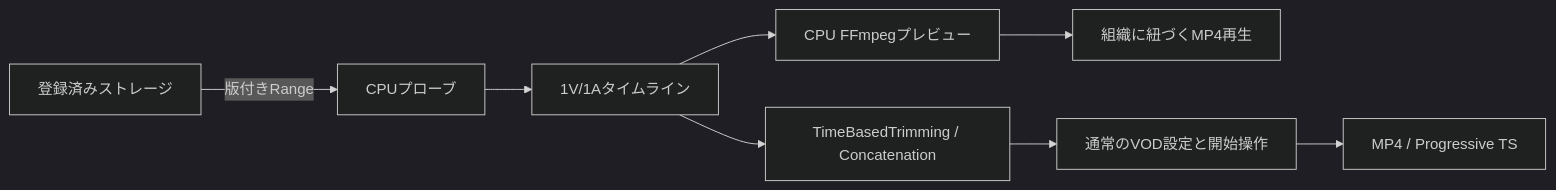
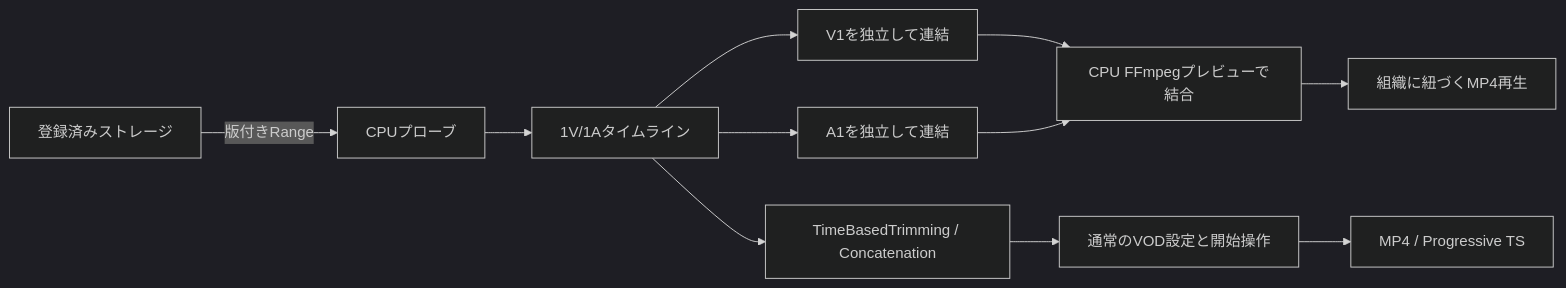
The diagram in docs/vod-input-timeline.md (kazuhide/bitovp), drawn with Mermaid (dark theme) before and after one commit. The commit also changed other lines of this file and 58 other files, not shown here.

Commit message:
feat: replace VOD video and audio intervals independently

````diff
--- a/docs/vod-input-timeline.md
+++ b/docs/vod-input-timeline.md
@@ -50,10 +54,13 @@
 ```mermaid
 flowchart LR
   Storage[登録済みストレージ] -->|版付きRange| Probe[CPUプローブ]
   Probe --> GUI[1V/1Aタイムライン]
-  GUI --> Preview[CPU FFmpegプレビュー]
+  GUI --> Video[V1を独立して連結]
+  GUI --> Audio[A1を独立して連結]
+  Video --> Preview[CPU FFmpegプレビューで結合]
+  Audio --> Preview
   Preview --> Media[組織に紐づくMP4再生]
   GUI --> Graph[TimeBasedTrimming / Concatenation]
   Graph --> VOD[通常のVOD設定と開始操作]
   VOD --> File[MP4 / Progressive TS]
 ```
````
